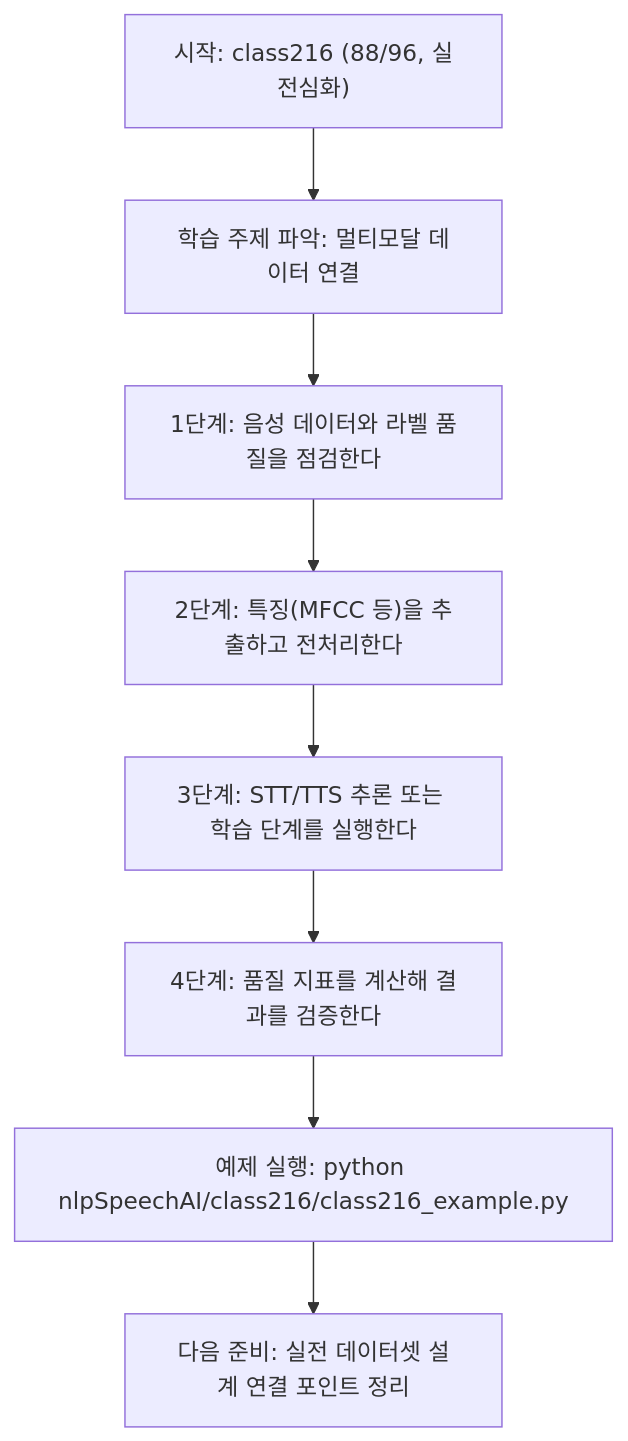
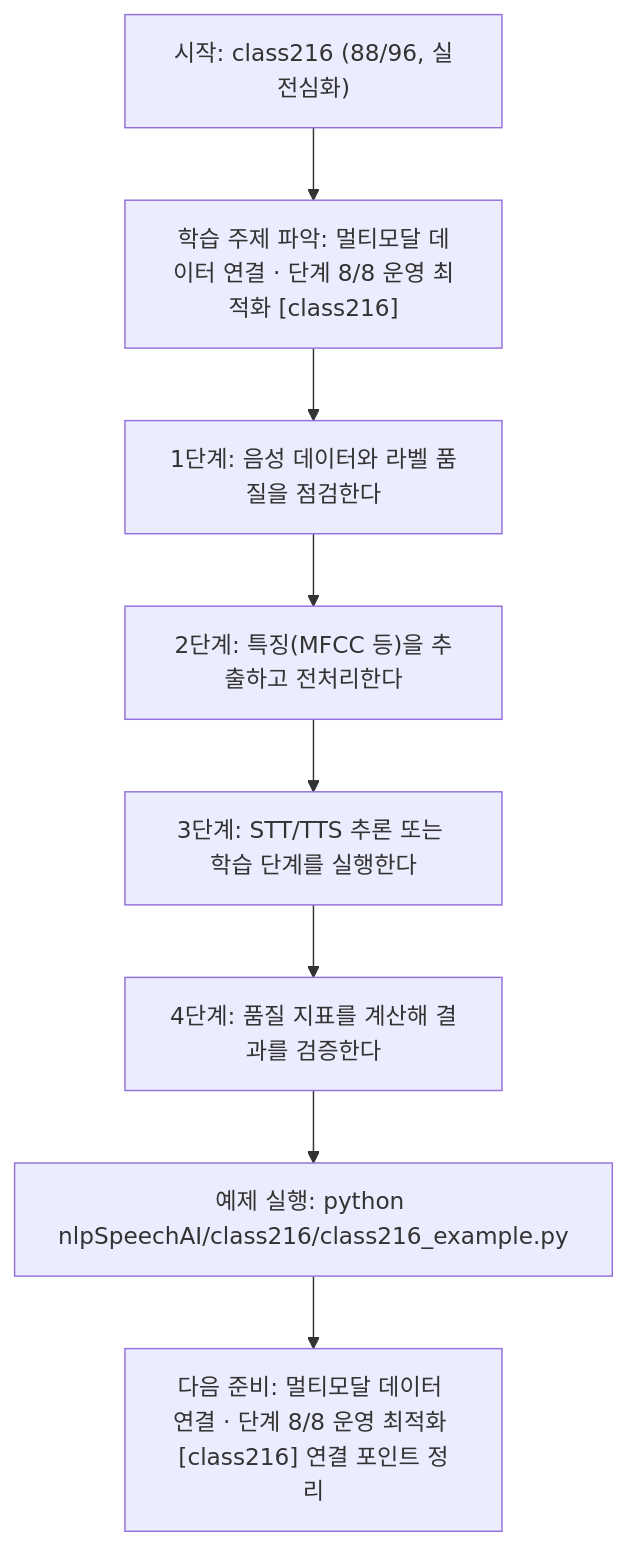
The diagram in nlpSpeechAI/class216/class216.md (edumgt/Python-AI_Agent-Class), drawn with Mermaid before and after one commit. The commit also changed other lines of this file and 522 other files, not shown here.

````diff
--- a/nlpSpeechAI/class216/class216.md
+++ b/nlpSpeechAI/class216/class216.md
@@ -113,18 +114,18 @@
 ```mermaid
 flowchart TD
 N1["시작: class216 (88/96, 실전심화)"]
-N2["학습 주제 파악: 멀티모달 데이터 연결"]
+N2["학습 주제 파악: 멀티모달 데이터 연결 · 단계 8/8 운영 최적화 [class216]"]
 N3["1단계: 음성 데이터와 라벨 품질을 점검한다"]
 N4["2단계: 특징(MFCC 등)을 추출하고 전처리한다"]
 N5["3단계: STT/TTS 추론 또는 학습 단계를 실행한다"]
 N6["4단계: 품질 지표를 계산해 결과를 검증한다"]
 N7["예제 실행: python nlpSpeechAI/class216/class216_example.py"]
-N8["다음 준비: 실전 데이터셋 설계 연결 포인트 정리"]
+N8["다음 준비: 멀티모달 데이터 연결 · 단계 8/8 운영 최적화 [class216] 연결 포인트 정리"]
 N1 --> N2
 N2 --> N3
 N3 --> N4
 N4 --> N5
 N5 --> N6
 N6 --> N7
 N7 --> N8
 ```
````
